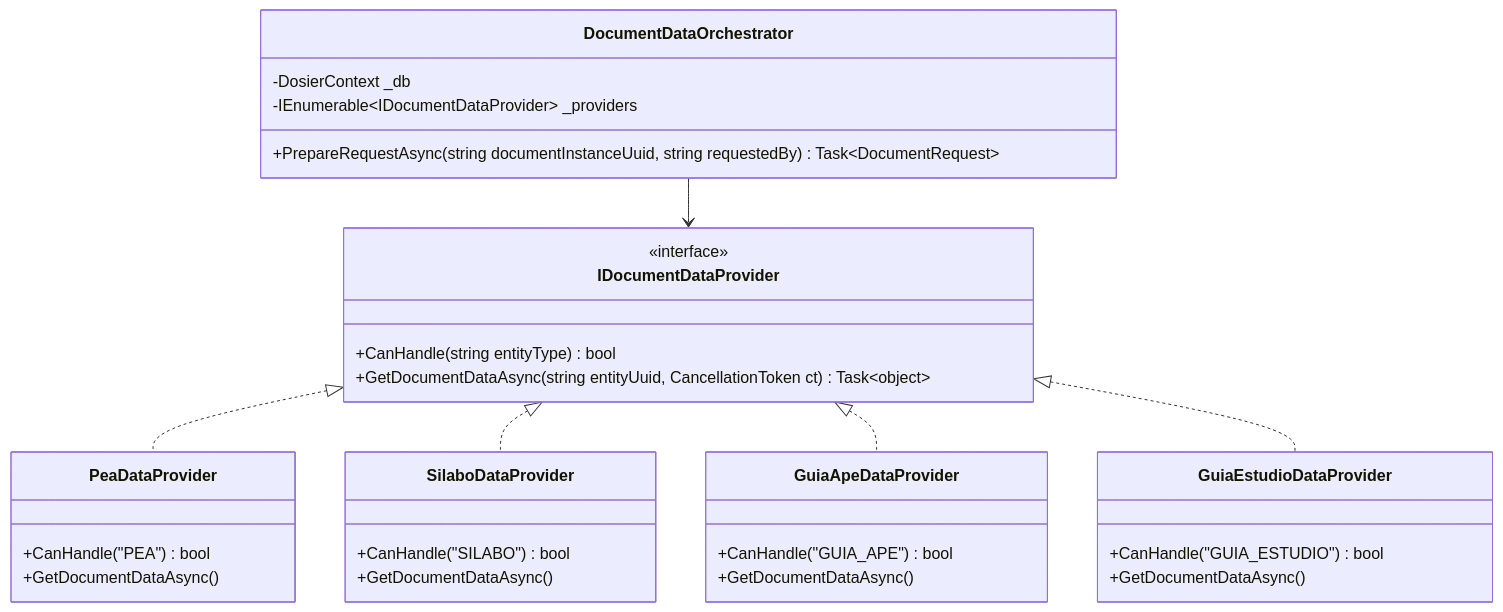
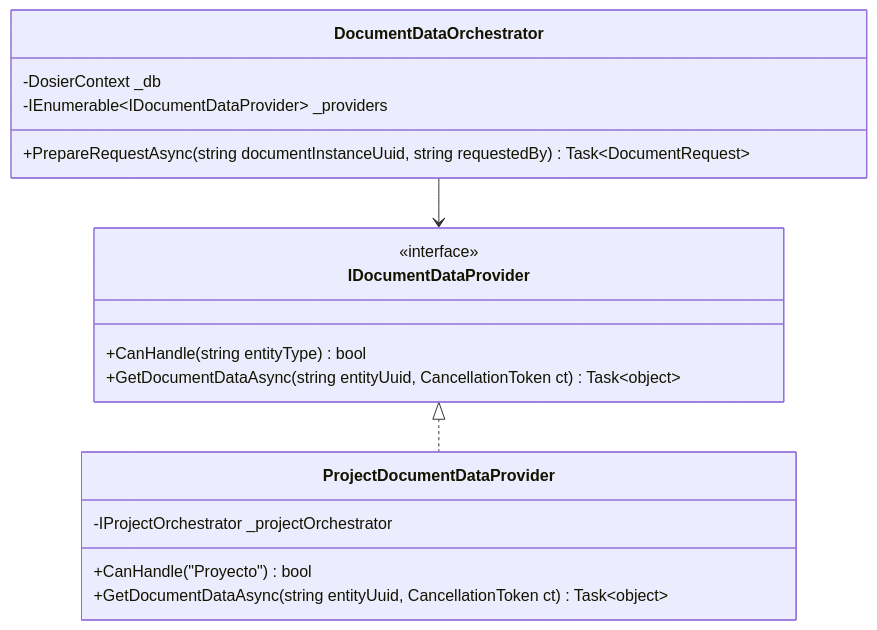
The second of 5 diagrams in docs/documentacion/01-arquitectura/02-micro-arquitecturas-patrones.md (JorgeDoicela/dosier), drawn with Mermaid before and after one commit. The commit also changed other lines of this file and 34 other files, not shown here.

````diff
--- a/docs/documentacion/01-arquitectura/02-micro-arquitecturas-patrones.md
+++ b/docs/documentacion/01-arquitectura/02-micro-arquitecturas-patrones.md
@@ -34,40 +34,23 @@
 ```mermaid
 classDiagram
     class IDocumentDataProvider {
         <<interface>>
         +CanHandle(string entityType) bool
         +GetDocumentDataAsync(string entityUuid, CancellationToken ct) Task~object~
     }
 
     class DocumentDataOrchestrator {
         -DosierContext _db
         -IEnumerable~IDocumentDataProvider~ _providers
         +PrepareRequestAsync(string documentInstanceUuid, string requestedBy) Task~DocumentRequest~
     }
 
-    class PeaDataProvider {
-        +CanHandle("PEA") bool
-        +GetDocumentDataAsync()
+    class ProjectDocumentDataProvider {
+        -IProjectOrchestrator _projectOrchestrator
+        +CanHandle("Proyecto") bool
+        +GetDocumentDataAsync(string entityUuid, CancellationToken ct) Task~object~
     }
 
-    class SilaboDataProvider {
-        +CanHandle("SILABO") bool
-        +GetDocumentDataAsync()
-    }
-
-    class GuiaApeDataProvider {
-        +CanHandle("GUIA_APE") bool
-        +GetDocumentDataAsync()
-    }
-
-    class GuiaEstudioDataProvider {
-        +CanHandle("GUIA_ESTUDIO") bool
-        +GetDocumentDataAsync()
-    }
-
-    IDocumentDataProvider <|.. PeaDataProvider
-    IDocumentDataProvider <|.. SilaboDataProvider
-    IDocumentDataProvider <|.. GuiaApeDataProvider
-    IDocumentDataProvider <|.. GuiaEstudioDataProvider
+    IDocumentDataProvider <|.. ProjectDocumentDataProvider
     DocumentDataOrchestrator --> IDocumentDataProvider
 ```
````
